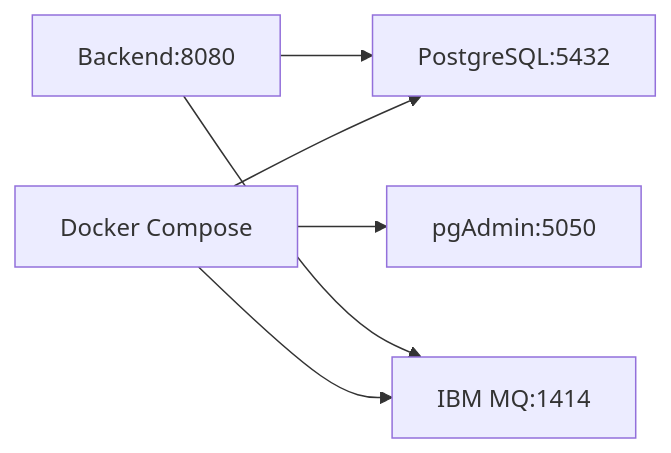
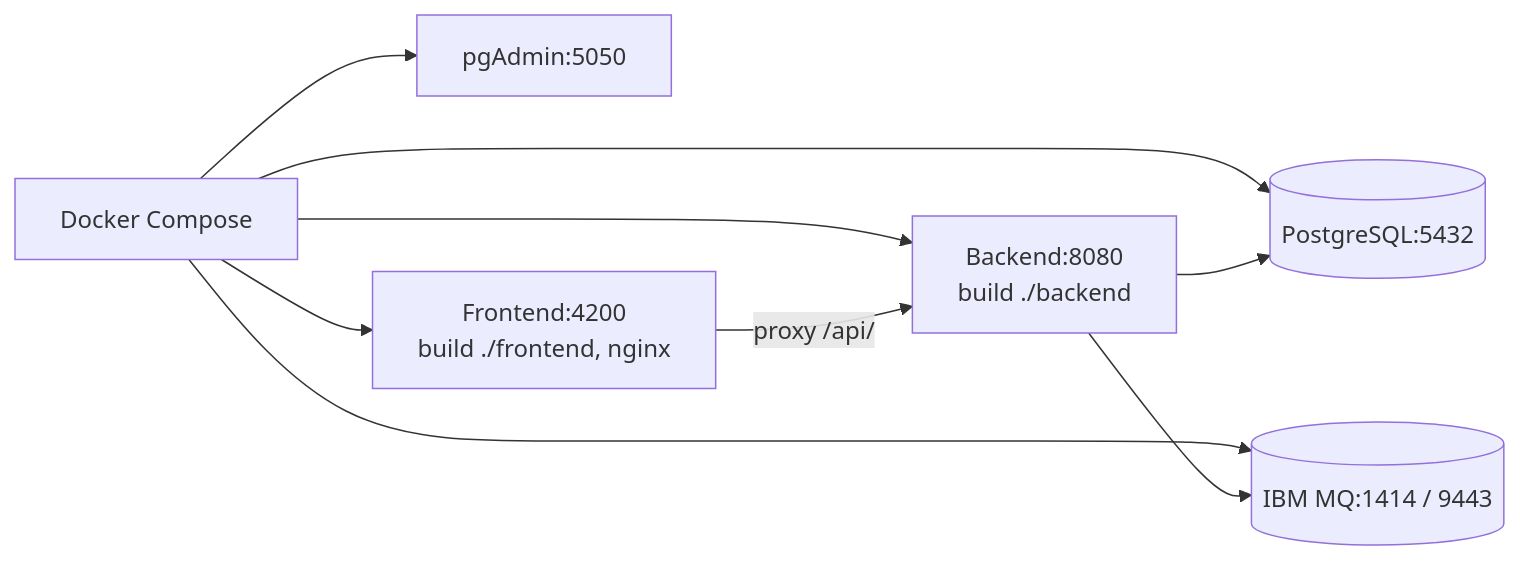
The third of 3 diagrams in docs/architecture/architecture-globale.md (mouhamadoulo/payment-messages), drawn with Mermaid before and after one commit. The commit also changed other lines of this file and 7 other files, not shown here.

````diff
--- a/docs/architecture/architecture-globale.md
+++ b/docs/architecture/architecture-globale.md
@@ -129,8 +143,11 @@
 ```mermaid
 flowchart LR
-    COMPOSE[Docker Compose] --> PG[PostgreSQL:5432]
-    COMPOSE --> MQ[IBM MQ:1414]
+    COMPOSE[Docker Compose] --> PG[(PostgreSQL:5432)]
+    COMPOSE --> MQ[(IBM MQ:1414 / 9443)]
     COMPOSE --> PGADMIN[pgAdmin:5050]
-    BACKEND[Backend:8080] --> PG
+    COMPOSE --> BACKEND[Backend:8080<br/>build ./backend]
+    COMPOSE --> FRONTEND[Frontend:4200<br/>build ./frontend, nginx]
+    BACKEND --> PG
     BACKEND --> MQ
+    FRONTEND -->|proxy /api/| BACKEND
 ```
````
